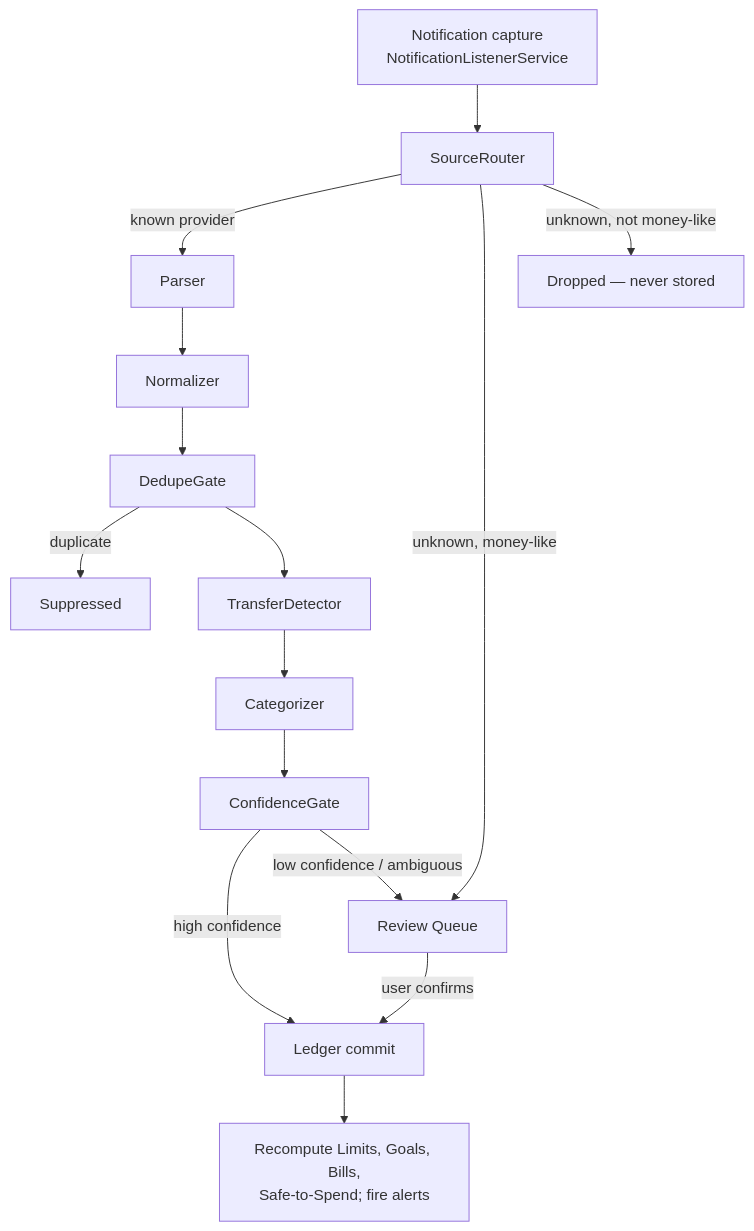
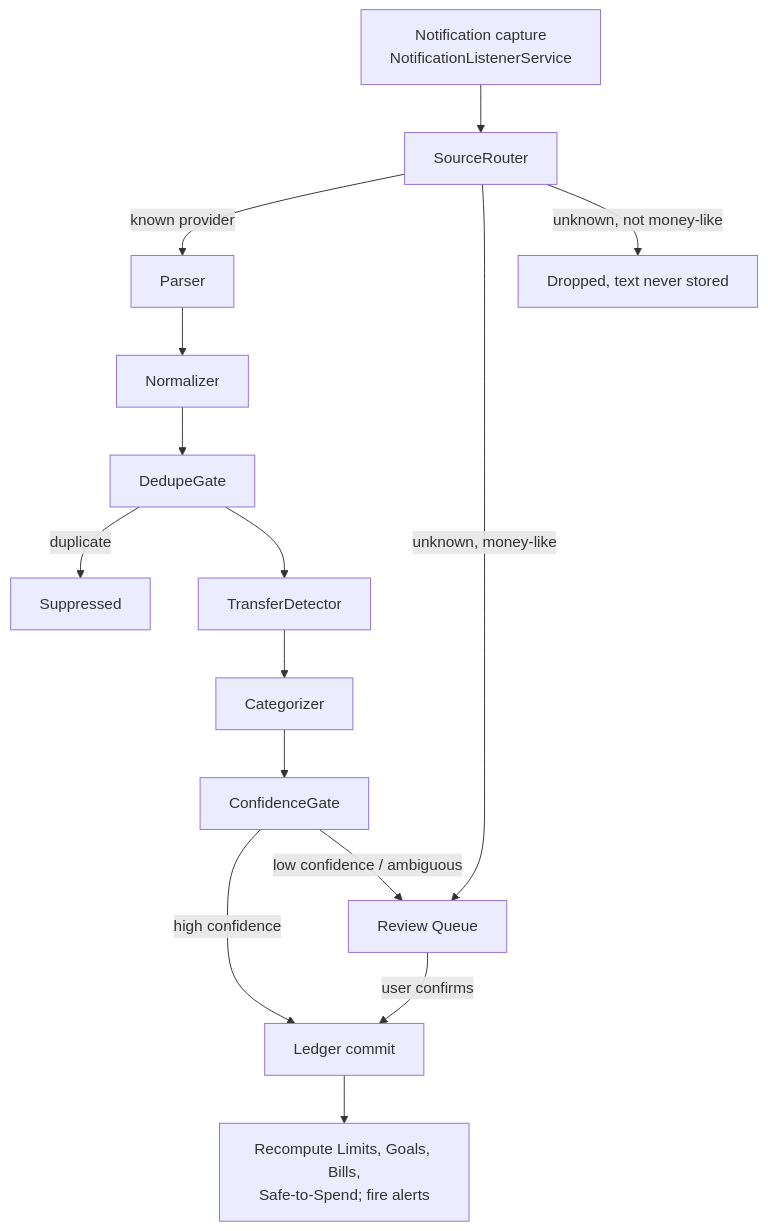
The diagram in docs/03-ingest-pipeline.md (JohnFilhmar/pera-plano), drawn with Mermaid before and after one commit. The commit also changed other lines of this file and 15 other files, not shown here.

First line of the commit message:
fix(ingest): keep no text for a non-money buffered capture

````diff
--- a/docs/03-ingest-pipeline.md
+++ b/docs/03-ingest-pipeline.md
@@ -13,17 +13,17 @@
 ```mermaid
 flowchart TD
     A[Notification capture\nNotificationListenerService] --> B[SourceRouter]
     B -->|known provider| C[Parser]
     B -->|unknown, money-like| RQ[Review Queue]
-    B -->|unknown, not money-like| X[Dropped — never stored]
+    B -->|unknown, not money-like| X[Dropped, text never stored]
     C --> D[Normalizer]
     D --> E[DedupeGate]
     E -->|duplicate| S[Suppressed]
     E --> F[TransferDetector]
     F --> G[Categorizer]
     G --> H[ConfidenceGate]
     H -->|high confidence| I[Ledger commit]
     H -->|low confidence / ambiguous| RQ
     RQ -->|user confirms| I
     I --> J[Recompute Limits, Goals, Bills,\nSafe-to-Spend; fire alerts]
 ```
````
